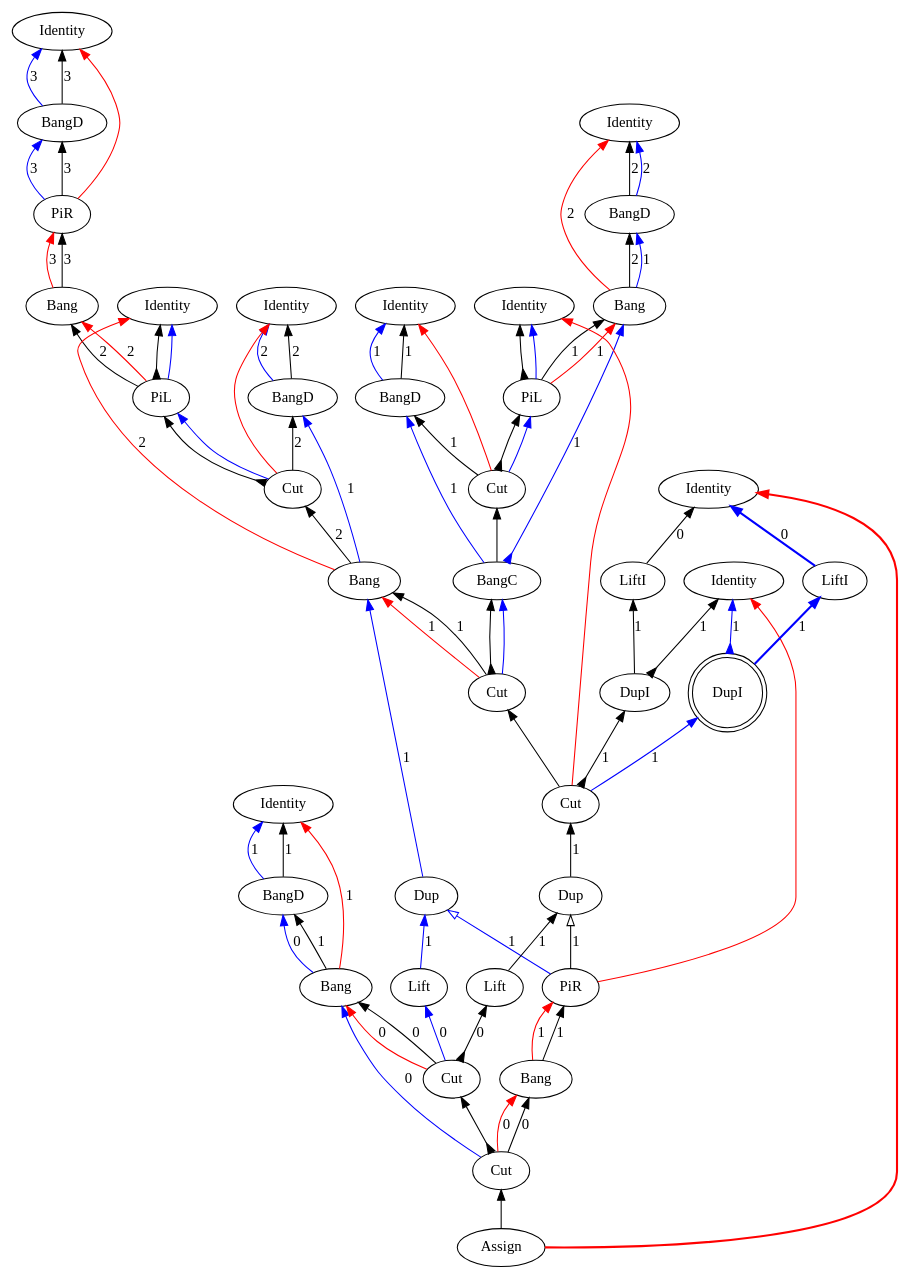
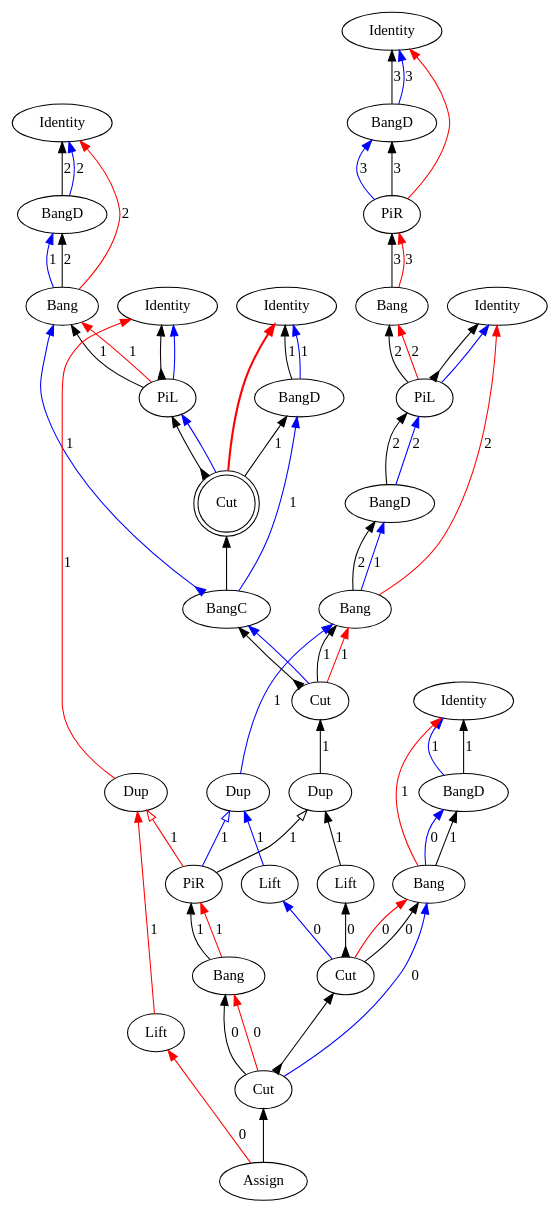
Before and after one commit to Mathnerd314/stroscot: the diagram in src/core/graphs/example_m_14.dot, drawn with Graphviz. The commit also changed 37 other files, not shown here.

```diff
--- a/src/core/graphs/example_m_14.dot
+++ b/src/core/graphs/example_m_14.dot
@@ -6,113 +6,94 @@
 "Bang3" [label="Bang"]
 "Identity4" [label="Identity"]
 "PiL5" [label="PiL"]
-"Identity6" [label="Identity"]
-"BangD7" [label="BangD"]
-"Cut8" [label="Cut"]
-"Bang9" [label="Bang"]
-"Identity10" [label="Identity"]
-"BangD11" [label="BangD"]
-"Bang12" [label="Bang"]
+"BangD6" [label="BangD"]
+"Bang7" [label="Bang"]
+"Identity8" [label="Identity"]
+"BangD9" [label="BangD"]
+"Bang10" [label="Bang"]
+"Identity11" [label="Identity"]
+"PiL12" [label="PiL"]
 "Identity13" [label="Identity"]
-"PiL14" [label="PiL"]
-"Identity15" [label="Identity"]
-"BangD16" [label="BangD"]
-"Cut17" [label="Cut"]
-"BangC18" [label="BangC"]
-"Identity19" [label="Identity"]
-"BangD20" [label="BangD"]
-"Bang21" [label="Bang"]
-"Assign22" [label="Assign"]
+"BangD14" [label="BangD"]
+"Cut15" [label="Cut",shape=doublecircle]
+"BangC16" [label="BangC"]
+"Identity17" [label="Identity"]
+"BangD18" [label="BangD"]
+"Bang19" [label="Bang"]
+"Assign20" [label="Assign"]
+"Cut21" [label="Cut"]
+"Bang22" [label="Bang"]
 "Cut23" [label="Cut"]
-"Cut24" [label="Cut"]
-"Bang25" [label="Bang"]
-"Cut26" [label="Cut"]
-"PiR27" [label="PiR"]
-"Dup28" [label="Dup"]
-"Dup29" [label="Dup"]
+"PiR24" [label="PiR"]
+"Dup25" [label="Dup"]
+"Dup26" [label="Dup"]
+"Dup27" [label="Dup"]
+"Lift28" [label="Lift"]
+"Lift29" [label="Lift"]
 "Lift30" [label="Lift"]
-"Lift31" [label="Lift"]
-"Cut32" [label="Cut"]
-"Identity33" [label="Identity"]
-"DupI34" [label="DupI"]
-"DupI35" [label="DupI",shape=doublecircle]
-"Identity36" [label="Identity"]
-"LiftI37" [label="LiftI"]
-"LiftI38" [label="LiftI"]
-"Bang21" -> "BangD20"[color=black,weight=5,tooltip="c_bseq24",label="1",arrowhead=normal,arrowtail=none,dir=both]
-"Bang12" -> "BangD11"[color=black,weight=5,tooltip="c_bseq58",label="2",arrowhead=normal,arrowtail=none,dir=both]
-"Bang9" -> "Cut8"[color=black,weight=5,tooltip="c_bseq67",label="2",arrowhead=normal,arrowtail=none,dir=both]
+"Cut31" [label="Cut"]
+"Bang19" -> "BangD18"[color=black,weight=5,tooltip="c_bseq24",label="1",arrowhead=normal,arrowtail=none,dir=both]
+"Bang10" -> "BangD9"[color=black,weight=5,tooltip="c_bseq58",label="2",arrowhead=normal,arrowtail=none,dir=both]
+"Bang7" -> "BangD6"[color=black,weight=5,tooltip="c_bseq67",label="2",arrowhead=normal,arrowtail=none,dir=both]
 "Bang3" -> "PiR2"[color=black,weight=5,tooltip="c_bseq79",label="3",arrowhead=normal,arrowtail=none,dir=both]
-"Bang25" -> "PiR27"[color=black,weight=5,tooltip="c_bseq91",label="1",arrowhead=normal,arrowtail=none,dir=both]
-"Cut17" -> "PiL14"[color=black,weight=5,tooltip="c_lseq46",arrowhead=normal,arrowtail=inv,dir=both]
-"Cut8" -> "PiL5"[color=black,weight=5,tooltip="c_lseq68",arrowhead=normal,arrowtail=inv,dir=both]
-"Cut17" -> "BangD16"[color=black,weight=5,tooltip="c_rseq47",label="1",arrowhead=normal,arrowtail=none,dir=both]
-"Cut8" -> "BangD7"[color=black,weight=5,tooltip="c_rseq69",label="2",arrowhead=normal,arrowtail=none,dir=both]
-"Cut32" -> "Bang21"[color=black,weight=5,tooltip="dseq20",label="0",arrowhead=normal,arrowtail=none,dir=both]
-"PiL14" -> "Bang12"[color=black,weight=5,tooltip="dseq54",label="1",arrowhead=normal,arrowtail=none,dir=both]
-"Cut23" -> "Bang9"[color=black,weight=5,tooltip="dseq63",label="1",arrowhead=normal,arrowtail=none,dir=both]
+"Bang22" -> "PiR24"[color=black,weight=5,tooltip="c_bseq91",label="1",arrowhead=normal,arrowtail=none,dir=both]
+"Cut15" -> "PiL12"[color=black,weight=5,tooltip="c_lseq46",arrowhead=normal,arrowtail=inv,dir=both]
+"Cut15" -> "BangD14"[color=black,weight=5,tooltip="c_rseq47",label="1",arrowhead=normal,arrowtail=none,dir=both]
+"Cut31" -> "Bang19"[color=black,weight=5,tooltip="dseq20",label="0",arrowhead=normal,arrowtail=none,dir=both]
+"PiL12" -> "Bang10"[color=black,weight=5,tooltip="dseq54",label="1",arrowhead=normal,arrowtail=none,dir=both]
+"Cut21" -> "Bang7"[color=black,weight=5,tooltip="dseq63",label="1",arrowhead=normal,arrowtail=none,dir=both]
 "PiL5" -> "Bang3"[color=black,weight=5,tooltip="dseq76",label="2",arrowhead=normal,arrowtail=none,dir=both]
-"Cut26" -> "Bang25"[color=black,weight=5,tooltip="dseq93",label="0",arrowhead=normal,arrowtail=none,dir=both]
-"Lift31" -> "Dup29"[color=blue,weight=2,tooltip="h101",label="1",arrowhead=normal,arrowtail=none,dir=both]
-"PiR27" -> "Dup29"[color=blue,weight=2,tooltip="h105",label="1",arrowhead=onormal,arrowtail=none,dir=both]
-"Cut32" -> "Lift31"[color=blue,weight=2,tooltip="h109",label="0",arrowhead=normal,arrowtail=none,dir=both]
-"Dup29" -> "Bang9"[color=blue,weight=2,tooltip="h34",label="1",arrowhead=normal,arrowtail=none,dir=both]
-"Bang9" -> "BangD7"[color=blue,weight=2,tooltip="hf65",label="1",arrowhead=normal,arrowtail=none,dir=both]
-"BangD7" -> "Identity6"[color=blue,weight=2,tooltip="hret73",label="2",arrowhead=normal,arrowtail=none,dir=both]
-"BangD7" -> "Identity6"[color=black,weight=5,tooltip="hseq72",label="2",arrowhead=normal,arrowtail=none,dir=both]
+"Cut23" -> "Bang22"[color=black,weight=5,tooltip="dseq93",label="0",arrowhead=normal,arrowtail=none,dir=both]
+"Lift29" -> "Dup26"[color=blue,weight=2,tooltip="h101",label="1",arrowhead=normal,arrowtail=none,dir=both]
+"PiR24" -> "Dup26"[color=blue,weight=2,tooltip="h105",label="1",arrowhead=onormal,arrowtail=none,dir=both]
+"Cut31" -> "Lift29"[color=blue,weight=2,tooltip="h109",label="0",arrowhead=normal,arrowtail=none,dir=both]
+"Dup26" -> "Bang7"[color=blue,weight=2,tooltip="h34",label="1",arrowhead=normal,arrowtail=none,dir=both]
+"Bang7" -> "BangD6"[color=blue,weight=2,tooltip="hf65",label="1",arrowhead=normal,arrowtail=none,dir=both]
+"BangD6" -> "PiL5"[color=black,weight=5,tooltip="hseq72",label="2",arrowhead=normal,arrowtail=none,dir=both]
 "PiR2" -> "BangD1"[color=blue,weight=2,tooltip="i81",label="3",arrowhead=normal,arrowtail=none,dir=both]
-"DupI34" -> "LiftI37"[color=black,weight=5,tooltip="idseq113",label="1",arrowhead=normal,arrowtail=none,dir=both]
-"DupI34" -> "Identity33"[color=black,weight=5,tooltip="idseq115",label="1",arrowhead=normal,arrowtail=inv,dir=both]
-"LiftI37" -> "Identity36"[color=black,weight=5,tooltip="idseq117",label="0",arrowhead=normal,arrowtail=none,dir=both]
-"PiL14" -> "Identity13"[color=black,weight=5,tooltip="idseq55",arrowhead=normal,arrowtail=inv,dir=both]
-"Cut24" -> "DupI34"[color=black,weight=5,tooltip="idseq64",label="1",arrowhead=normal,arrowtail=inv,dir=both]
+"PiL12" -> "Identity11"[color=black,weight=5,tooltip="idseq55",arrowhead=normal,arrowtail=inv,dir=both]
 "PiL5" -> "Identity4"[color=black,weight=5,tooltip="idseq77",arrowhead=normal,arrowtail=inv,dir=both]
 "BangD1" -> "Identity0"[color=blue,weight=2,tooltip="iret84",label="3",arrowhead=normal,arrowtail=none,dir=both]
 "BangD1" -> "Identity0"[color=black,weight=5,tooltip="iseq83",label="3",arrowhead=normal,arrowtail=none,dir=both]
-"DupI35" -> "LiftI38"[color=blue,weight=2,tooltip="lret114",label="1",arrowhead=normal,arrowtail=none,penwidth=2,dir=both]
-"DupI35" -> "Identity33"[color=blue,weight=2,tooltip="lret116",label="1",arrowhead=normal,arrowtail=inv,dir=both]
-"LiftI38" -> "Identity36"[color=blue,weight=2,tooltip="lret118",label="0",arrowhead=normal,arrowtail=none,penwidth=2,dir=both]
-"PiL14" -> "Identity13"[color=blue,weight=2,tooltip="lret53",arrowhead=normal,arrowtail=none,dir=both]
-"Cut24" -> "DupI35"[color=blue,weight=2,tooltip="lret62",label="1",arrowhead=normal,arrowtail=none,dir=both]
+"PiL12" -> "Identity11"[color=blue,weight=2,tooltip="lret53",arrowhead=normal,arrowtail=none,dir=both]
 "PiL5" -> "Identity4"[color=blue,weight=2,tooltip="lret75",arrowhead=normal,arrowtail=none,dir=both]
-"Cut17" -> "PiL14"[color=blue,weight=2,tooltip="lval48",arrowhead=normal,arrowtail=none,dir=both]
-"Cut8" -> "PiL5"[color=blue,weight=2,tooltip="lval70",arrowhead=normal,arrowtail=none,dir=both]
-"Cut32" -> "Bang21"[color=red,weight=2,tooltip="newrret18",label="0",arrowhead=normal,arrowtail=none,dir=both]
-"PiL14" -> "Bang12"[color=red,weight=2,tooltip="newrret52",label="1",arrowhead=normal,arrowtail=none,dir=both]
-"Cut23" -> "Bang9"[color=red,weight=2,tooltip="newrret61",label="1",arrowhead=normal,arrowtail=none,dir=both]
+"Cut15" -> "PiL12"[color=blue,weight=2,tooltip="lval48",arrowhead=normal,arrowtail=none,dir=both]
+"BangD6" -> "PiL5"[color=blue,weight=2,tooltip="lval70",label="2",arrowhead=normal,arrowtail=none,dir=both]
+"Cut31" -> "Bang19"[color=red,weight=2,tooltip="newrret18",label="0",arrowhead=normal,arrowtail=none,dir=both]
+"PiL12" -> "Bang10"[color=red,weight=2,tooltip="newrret52",label="1",arrowhead=normal,arrowtail=none,dir=both]
+"Cut21" -> "Bang7"[color=red,weight=2,tooltip="newrret61",label="1",arrowhead=normal,arrowtail=none,dir=both]
 "PiL5" -> "Bang3"[color=red,weight=2,tooltip="newrret74",label="2",arrowhead=normal,arrowtail=none,dir=both]
-"Cut26" -> "Bang25"[color=red,weight=2,tooltip="newrret94",label="0",arrowhead=normal,arrowtail=none,dir=both]
-"Bang21" -> "Identity19"[color=red,weight=2,tooltip="newrretf23",label="1",arrowhead=normal,arrowtail=none,dir=both]
-"Bang12" -> "Identity10"[color=red,weight=2,tooltip="newrretf57",label="2",arrowhead=normal,arrowtail=none,dir=both]
-"Bang9" -> "Identity4"[color=red,weight=2,tooltip="newrretf66",label="2",arrowhead=normal,arrowtail=none,dir=both]
+"Cut23" -> "Bang22"[color=red,weight=2,tooltip="newrret94",label="0",arrowhead=normal,arrowtail=none,dir=both]
+"Bang19" -> "Identity17"[color=red,weight=2,tooltip="newrretf23",label="1",arrowhead=normal,arrowtail=none,dir=both]
+"Bang10" -> "Identity8"[color=red,weight=2,tooltip="newrretf57",label="2",arrowhead=normal,arrowtail=none,dir=both]
+"Bang7" -> "Identity4"[color=red,weight=2,tooltip="newrretf66",label="2",arrowhead=normal,arrowtail=none,dir=both]
 "Bang3" -> "PiR2"[color=red,weight=2,tooltip="newrretf78",label="3",arrowhead=normal,arrowtail=none,dir=both]
-"Bang25" -> "PiR27"[color=red,weight=2,tooltip="newrretf92",label="1",arrowhead=normal,arrowtail=none,dir=both]
-"PiR27" -> "Identity33"[color=red,weight=2,tooltip="ret106",arrowhead=normal,arrowtail=none,dir=both]
-"Assign22" -> "Identity36"[color=red,weight=2,tooltip="ret110",arrowhead=normal,arrowtail=none,penwidth=2,dir=both]
-"Cut24" -> "Identity13"[color=red,weight=2,tooltip="ret42",arrowhead=normal,arrowtail=none,dir=both]
+"Bang22" -> "PiR24"[color=red,weight=2,tooltip="newrretf92",label="1",arrowhead=normal,arrowtail=none,dir=both]
+"Lift30" -> "Dup27"[color=red,weight=2,tooltip="ret102",label="1",arrowhead=normal,arrowtail=none,dir=both]
+"PiR24" -> "Dup27"[color=red,weight=2,tooltip="ret106",label="1",arrowhead=onormal,arrowtail=none,dir=both]
+"Assign20" -> "Lift30"[color=red,weight=2,tooltip="ret110",label="0",arrowhead=normal,arrowtail=none,dir=both]
+"Dup27" -> "Identity11"[color=red,weight=2,tooltip="ret42",label="1",arrowhead=normal,arrowtail=none,dir=both]
 "PiR2" -> "Identity0"[color=red,weight=2,tooltip="ret82",arrowhead=normal,arrowtail=none,dir=both]
-"Assign22" -> "Cut26"[color=black,weight=5,tooltip="retseq0",arrowhead=normal,arrowtail=none,dir=both]
-"Cut17" -> "Identity15"[color=red,weight=2,tooltip="rval49",arrowhead=normal,arrowtail=none,dir=both]
-"Cut8" -> "Identity6"[color=red,weight=2,tooltip="rval71",arrowhead=normal,arrowtail=none,dir=both]
-"Lift30" -> "Dup28"[color=black,weight=5,tooltip="seq100",label="1",arrowhead=normal,arrowtail=none,dir=both]
-"PiR27" -> "Dup28"[color=black,weight=5,tooltip="seq104",label="1",arrowhead=onormal,arrowtail=none,dir=both]
-"Cut32" -> "Lift30"[color=black,weight=5,tooltip="seq108",label="0",arrowhead=normal,arrowtail=inv,dir=both]
-"Dup28" -> "Cut24"[color=black,weight=5,tooltip="seq33",label="1",arrowhead=normal,arrowtail=none,dir=both]
-"Cut23" -> "BangC18"[color=black,weight=5,tooltip="seq40",arrowhead=normal,arrowtail=inv,dir=both]
-"BangC18" -> "Cut17"[color=black,weight=5,tooltip="seq45",arrowhead=normal,arrowtail=none,dir=both]
+"Assign20" -> "Cut23"[color=black,weight=5,tooltip="retseq0",arrowhead=normal,arrowtail=none,dir=both]
+"Cut15" -> "Identity13"[color=red,weight=2,tooltip="rval49",arrowhead=normal,arrowtail=none,penwidth=2,dir=both]
+"Lift28" -> "Dup25"[color=black,weight=5,tooltip="seq100",label="1",arrowhead=normal,arrowtail=none,dir=both]
+"PiR24" -> "Dup25"[color=black,weight=5,tooltip="seq104",label="1",arrowhead=onormal,arrowtail=none,dir=both]
+"Cut31" -> "Lift28"[color=black,weight=5,tooltip="seq108",label="0",arrowhead=normal,arrowtail=inv,dir=both]
+"Dup25" -> "Cut21"[color=black,weight=5,tooltip="seq33",label="1",arrowhead=normal,arrowtail=none,dir=both]
+"Cut21" -> "BangC16"[color=black,weight=5,tooltip="seq40",arrowhead=normal,arrowtail=inv,dir=both]
+"BangC16" -> "Cut15"[color=black,weight=5,tooltip="seq45",arrowhead=normal,arrowtail=none,dir=both]
 "PiR2" -> "BangD1"[color=black,weight=5,tooltip="seq80",label="3",arrowhead=normal,arrowtail=none,dir=both]
-"Cut26" -> "Cut32"[color=black,weight=5,tooltip="seqBC95",arrowhead=normal,arrowtail=inv,dir=both]
-"Cut24" -> "Cut23"[color=black,weight=5,tooltip="seqP86",arrowhead=normal,arrowtail=none,dir=both]
-"Cut26" -> "Bang21"[color=blue,weight=2,tooltip="xB10",label="0",arrowhead=normal,arrowtail=none,dir=both]
-"Bang21" -> "BangD20"[color=blue,weight=2,tooltip="xBf22",label="0",arrowhead=normal,arrowtail=none,dir=both]
-"BangD20" -> "Identity19"[color=blue,weight=2,tooltip="xret26",label="1",arrowhead=normal,arrowtail=none,dir=both]
-"BangD20" -> "Identity19"[color=black,weight=5,tooltip="xseq25",label="1",arrowhead=normal,arrowtail=none,dir=both]
-"Cut23" -> "BangC18"[color=blue,weight=2,tooltip="y41",arrowhead=normal,arrowtail=none,dir=both]
-"BangC18" -> "BangD16"[color=blue,weight=2,tooltip="yA43",label="1",arrowhead=normal,arrowtail=none,dir=both]
-"BangC18" -> "Bang12"[color=blue,weight=2,tooltip="yB44",label="1",arrowhead=normal,arrowtail=inv,dir=both]
-"Bang12" -> "BangD11"[color=blue,weight=2,tooltip="yBf56",label="1",arrowhead=normal,arrowtail=none,dir=both]
-"BangD16" -> "Identity15"[color=blue,weight=2,tooltip="yret51",label="1",arrowhead=normal,arrowtail=none,dir=both]
-"BangD11" -> "Identity10"[color=blue,weight=2,tooltip="yret60",label="2",arrowhead=normal,arrowtail=none,dir=both]
-"BangD16" -> "Identity15"[color=black,weight=5,tooltip="yseq50",label="1",arrowhead=normal,arrowtail=none,dir=both]
-"BangD11" -> "Identity10"[color=black,weight=5,tooltip="yseq59",label="2",arrowhead=normal,arrowtail=none,dir=both]
+"Cut23" -> "Cut31"[color=black,weight=5,tooltip="seqBC95",arrowhead=normal,arrowtail=inv,dir=both]
+"Cut23" -> "Bang19"[color=blue,weight=2,tooltip="xB10",label="0",arrowhead=normal,arrowtail=none,dir=both]
+"Bang19" -> "BangD18"[color=blue,weight=2,tooltip="xBf22",label="0",arrowhead=normal,arrowtail=none,dir=both]
+"BangD18" -> "Identity17"[color=blue,weight=2,tooltip="xret26",label="1",arrowhead=normal,arrowtail=none,dir=both]
+"BangD18" -> "Identity17"[color=black,weight=5,tooltip="xseq25",label="1",arrowhead=normal,arrowtail=none,dir=both]
+"Cut21" -> "BangC16"[color=blue,weight=2,tooltip="y41",arrowhead=normal,arrowtail=none,dir=both]
+"BangC16" -> "BangD14"[color=blue,weight=2,tooltip="yA43",label="1",arrowhead=normal,arrowtail=none,dir=both]
+"BangC16" -> "Bang10"[color=blue,weight=2,tooltip="yB44",label="1",arrowhead=normal,arrowtail=inv,dir=both]
+"Bang10" -> "BangD9"[color=blue,weight=2,tooltip="yBf56",label="1",arrowhead=normal,arrowtail=none,dir=both]
+"BangD14" -> "Identity13"[color=blue,weight=2,tooltip="yret51",label="1",arrowhead=normal,arrowtail=none,dir=both]
+"BangD9" -> "Identity8"[color=blue,weight=2,tooltip="yret60",label="2",arrowhead=normal,arrowtail=none,dir=both]
+"BangD14" -> "Identity13"[color=black,weight=5,tooltip="yseq50",label="1",arrowhead=normal,arrowtail=none,dir=both]
+"BangD9" -> "Identity8"[color=black,weight=5,tooltip="yseq59",label="2",arrowhead=normal,arrowtail=none,dir=both]
 }
```
